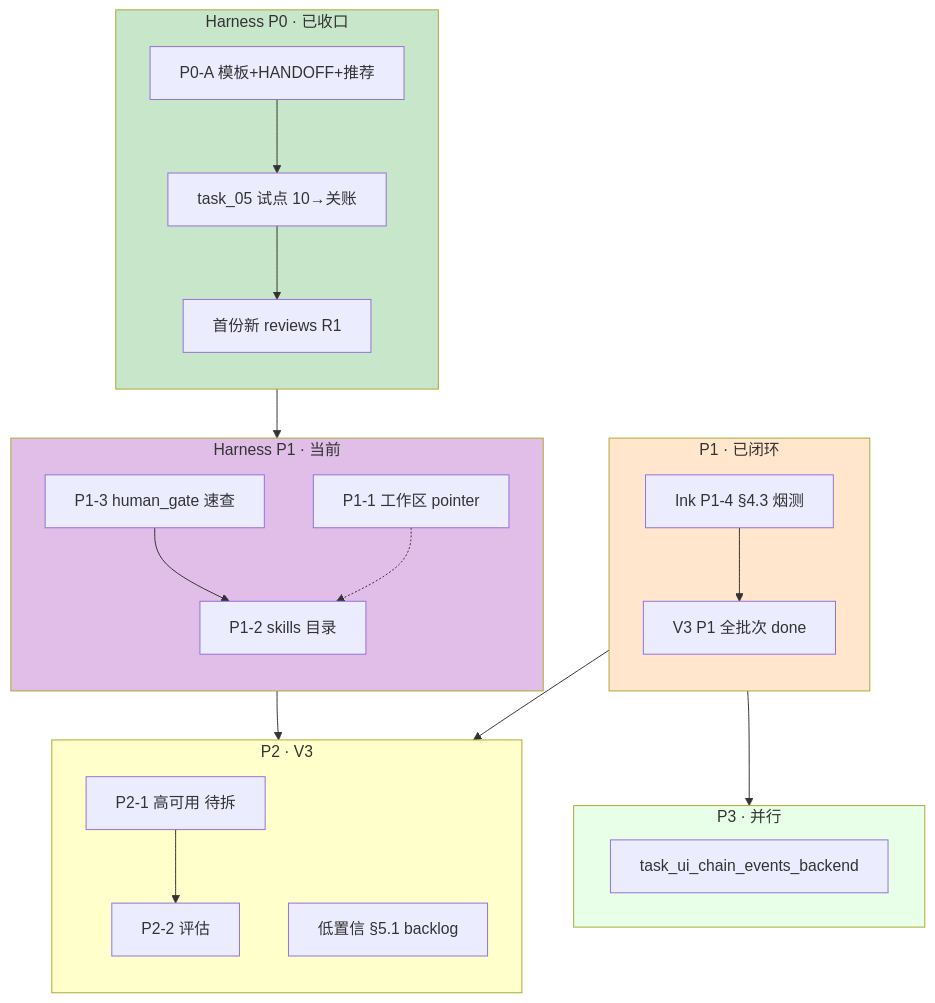
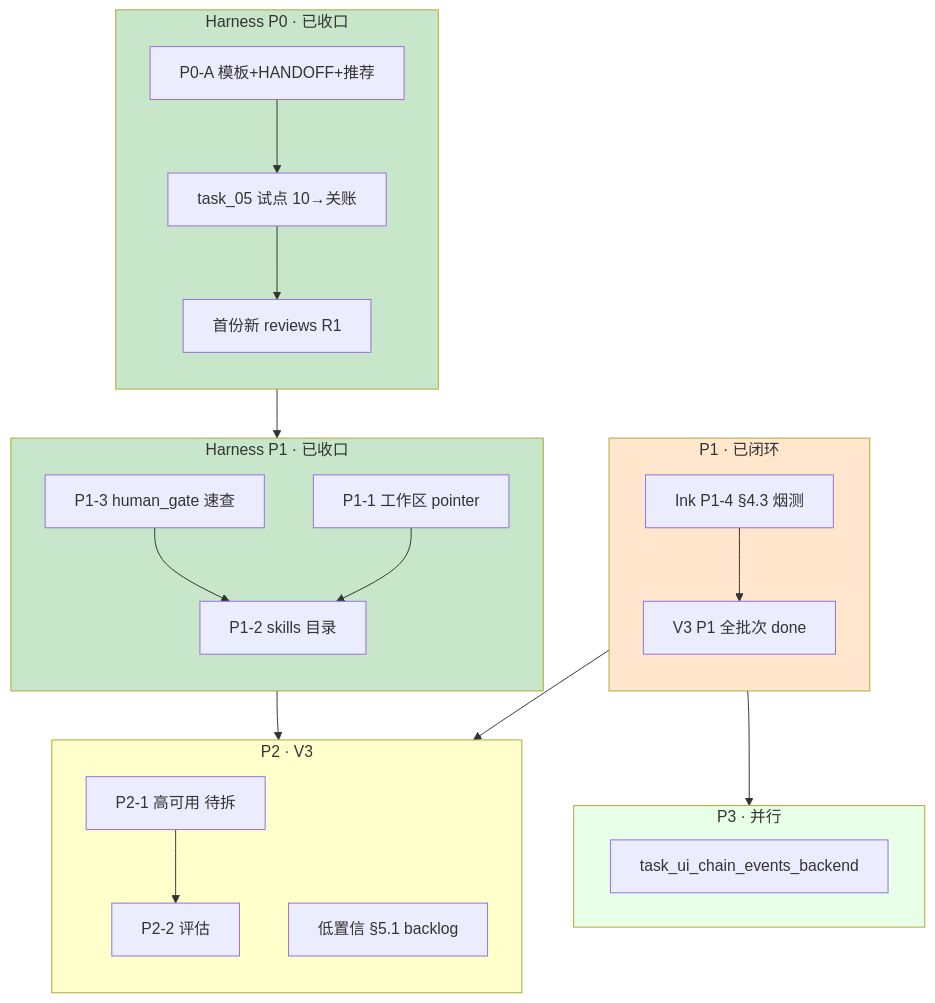
Before and after one commit to Cyning12/ai-ink-brain-api-python: the first of 2 diagrams in docs/tasks/RECENT_TASK_SCHEDULE.md, drawn with Mermaid. The commit also changed other lines of this file and 1 other file, not shown here.

First line of the commit message:
docs(tasks): 排期同步 Harness P1-1 done（Projects pointer 收口）

````diff
--- a/docs/tasks/RECENT_TASK_SCHEDULE.md
+++ b/docs/tasks/RECENT_TASK_SCHEDULE.md
@@ -109,40 +107,40 @@
 ```mermaid
 flowchart TD
     subgraph H0["Harness P0 · 已收口"]
         direction TB
         HA[P0-A 模板+HANDOFF+推荐] --> HB[task_05 试点 10→关账]
         HB --> HR[首份新 reviews R1]
     end
 
-    subgraph H1["Harness P1 · 当前"]
+    subgraph H1["Harness P1 · 已收口"]
         direction TB
         P13[P1-3 human_gate 速查] --> P12[P1-2 skills 目录]
-        P11[P1-1 工作区 pointer] -.-> P12
+        P11[P1-1 工作区 pointer] --> P12
     end
 
     subgraph P1["P1 · 已闭环"]
         direction TB
         INK[Ink P1-4 §4.3 烟测] --> P1CLOSE[V3 P1 全批次 done]
     end
 
     subgraph P2["P2 · V3"]
         direction TB
         P21[P2-1 高可用 待拆] --> P22[P2-2 评估]
         LC5[低置信 §5.1 backlog]
     end
 
     subgraph P3["P3 · 并行"]
         CHAIN[task_ui_chain_events_backend]
     end
 
     H0 --> H1
     H1 --> P2
     P1 --> P2
     P1 --> P3
 
     style H0 fill:#c8e6c9
-    style H1 fill:#e1bee7
+    style H1 fill:#c8e6c9
     style P1 fill:#ffe6cc
     style P2 fill:#ffffcc
     style P3 fill:#e8ffe8
 ```
````
